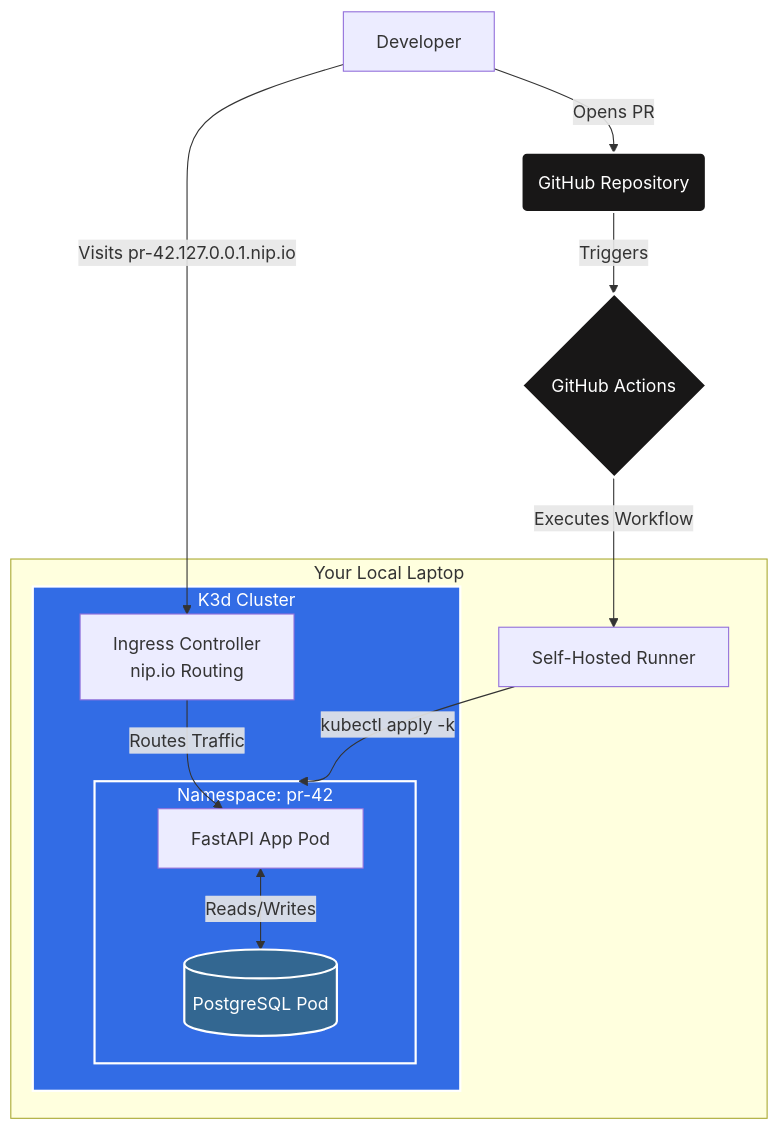
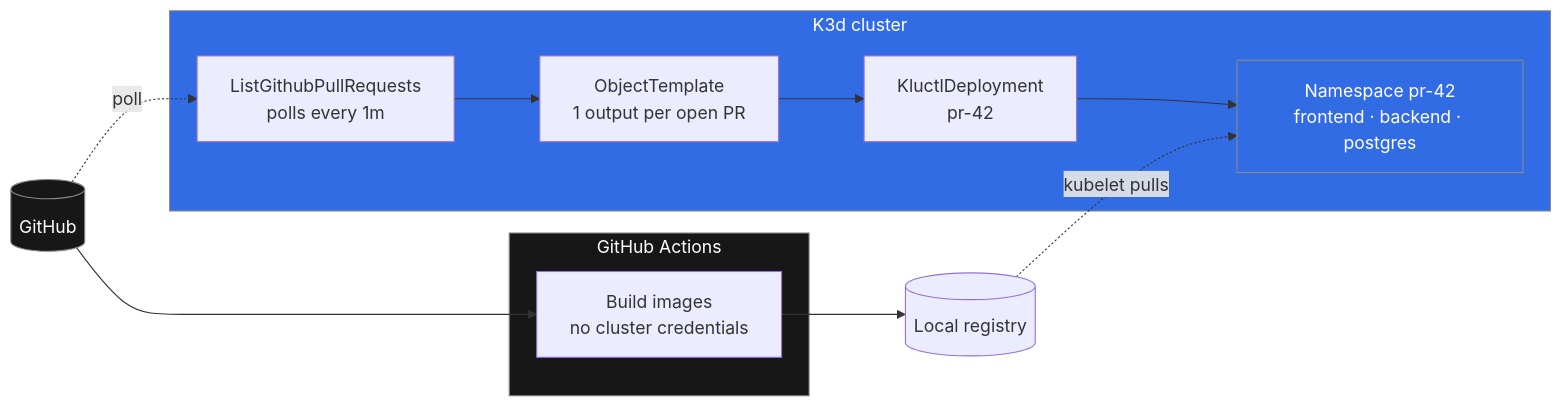
One commit to gg-push/ephemeral-envs changed the diagram in README.md. Above: the diagram before and after it, drawn with Mermaid. The commit also changed other lines of this file and 61 other files, not shown here.

````diff
--- a/README.md
+++ b/README.md
@@ -21,33 +32,26 @@
 ```mermaid
-flowchart TD
-    A[Developer] -->|Opens PR| B(GitHub Repository)
-    B -->|Triggers| C{GitHub Actions}
-    
-    subgraph Laptop [Your Local Laptop]
-        D[Self-Hosted Runner]
-        
-        subgraph Cluster [K3d Cluster]
-            E[Ingress Controller\nnip.io Routing]
-            
-            subgraph PR_Namespace [Namespace: pr-42]
-                F[FastAPI App Pod]
-                G[(PostgreSQL Pod)]
-                F <-->|Reads/Writes| G
-            end
-            
-            E -->|Routes Traffic| F
-        end
+flowchart LR
+    GH[(GitHub)]
+
+    subgraph CI [GitHub Actions]
+        B[Build images<br/>no cluster credentials]
     end
-    
-    C -->|Executes Workflow| D
-    D -->|kubectl apply -k| PR_Namespace
-    A -->|Visits pr-42.127.0.0.1.nip.io| E
-    
-    classDef git fill:#181717,stroke:#fff,stroke-width:2px,color:#fff;
-    classDef k8s fill:#326ce5,stroke:#fff,stroke-width:2px,color:#fff;
-    classDef db fill:#336791,stroke:#fff,stroke-width:2px,color:#fff;
-    
-    class B,C git;
-    class Cluster,PR_Namespace k8s;
-    class G db;
+
+    REG[(Local registry)]
+
+    subgraph K [K3d cluster]
+        L[ListGithubPullRequests<br/>polls every 1m]
+        O[ObjectTemplate<br/>1 output per open PR]
+        D[KluctlDeployment<br/>pr-42]
+        N[Namespace pr-42<br/>frontend · backend · postgres]
+    end
+
+    GH --> B --> REG
+    GH -.poll.-> L --> O --> D --> N
+    REG -.kubelet pulls.-> N
+
+    classDef g fill:#181717,stroke:#888,color:#fff
+    classDef k fill:#326ce5,stroke:#888,color:#fff
+    class GH,CI g
+    class K,N k
 ```
````
